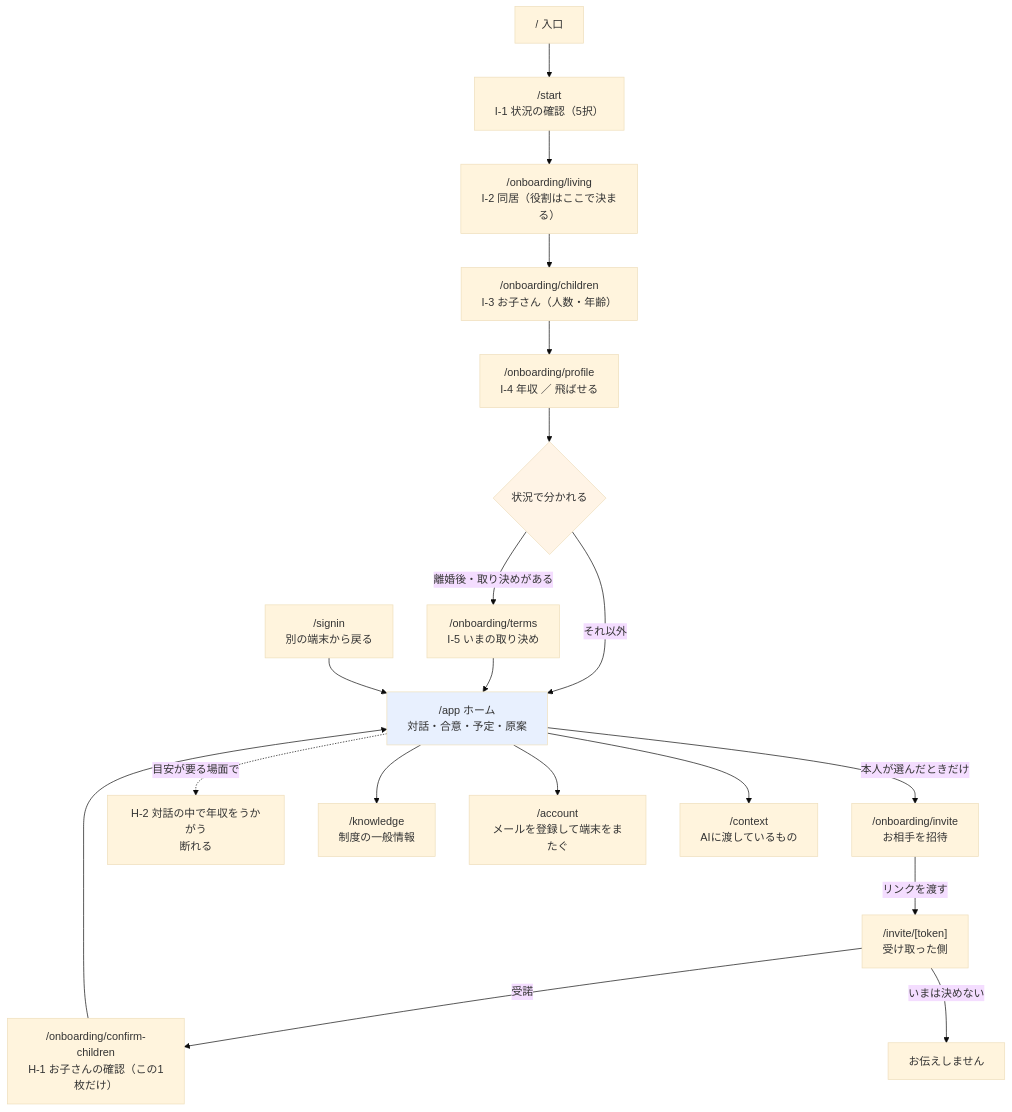
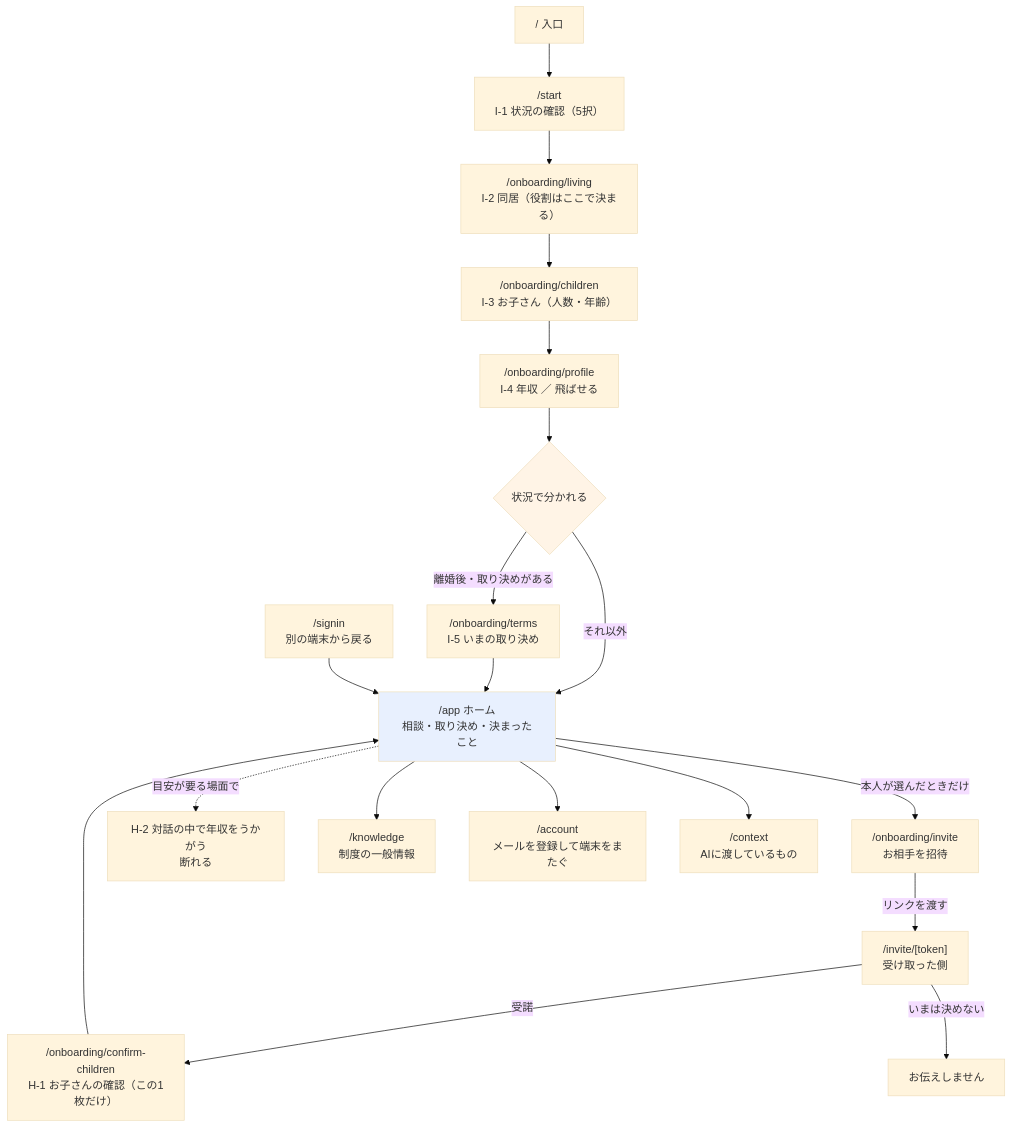
One commit to sugimomoto/AIHack changed diagram 12 of 15 in docs/functional-design.md. Above: the diagram before and after it, drawn with Mermaid (base theme). The commit also changed other lines of this file and 4 other files, not shown here.

````diff
--- a/docs/functional-design.md
+++ b/docs/functional-design.md
@@ -1146,32 +1212,32 @@
 ```mermaid
 graph TD
     TOP["/ 入口"] --> START["/start<br/>I-1 状況の確認（5択）"]
 
     START --> LIV["/onboarding/living<br/>I-2 同居（役割はここで決まる）"]
     LIV --> CH["/onboarding/children<br/>I-3 お子さん（人数・年齢）"]
     CH --> PRO["/onboarding/profile<br/>I-4 年収 ／ 飛ばせる"]
 
     PRO --> BR{"状況で分かれる"}
     BR -->|"離婚後・取り決めがある"| TERMS["/onboarding/terms<br/>I-5 いまの取り決め"]
     BR -->|"それ以外"| APP
     TERMS --> APP
 
-    APP["/app ホーム<br/>対話・合意・予定・原案"]
+    APP["/app ホーム<br/>相談・取り決め・決まったこと"]
     APP -->|"本人が選んだときだけ"| INV["/onboarding/invite<br/>お相手を招待"]
     INV -->|"リンクを渡す"| RECV["/invite/[token]<br/>受け取った側"]
 
     RECV -->|"受諾"| RCH["/onboarding/confirm-children<br/>H-1 お子さんの確認（この1枚だけ）"]
     RCH --> APP
     RECV -->|"いまは決めない"| DECL["お伝えしません"]
 
     APP -.->|"目安が要る場面で"| H2["H-2 対話の中で年収をうかがう<br/>断れる"]
 
     APP --> KN["/knowledge<br/>制度の一般情報"]
     APP --> ACC["/account<br/>メールを登録して端末をまたぐ"]
     APP --> CTX["/context<br/>AIに渡しているもの"]
 
     SIGN["/signin<br/>別の端末から戻る"] --> APP
 
     style APP fill:#e8f0fe
     style BR fill:#fff4e6
 ```
````
